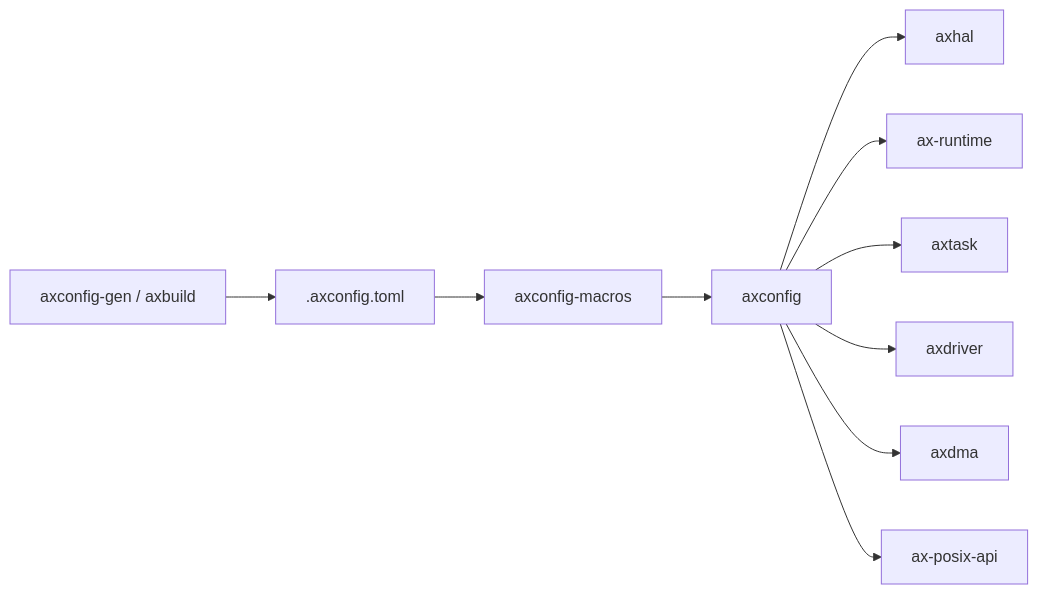
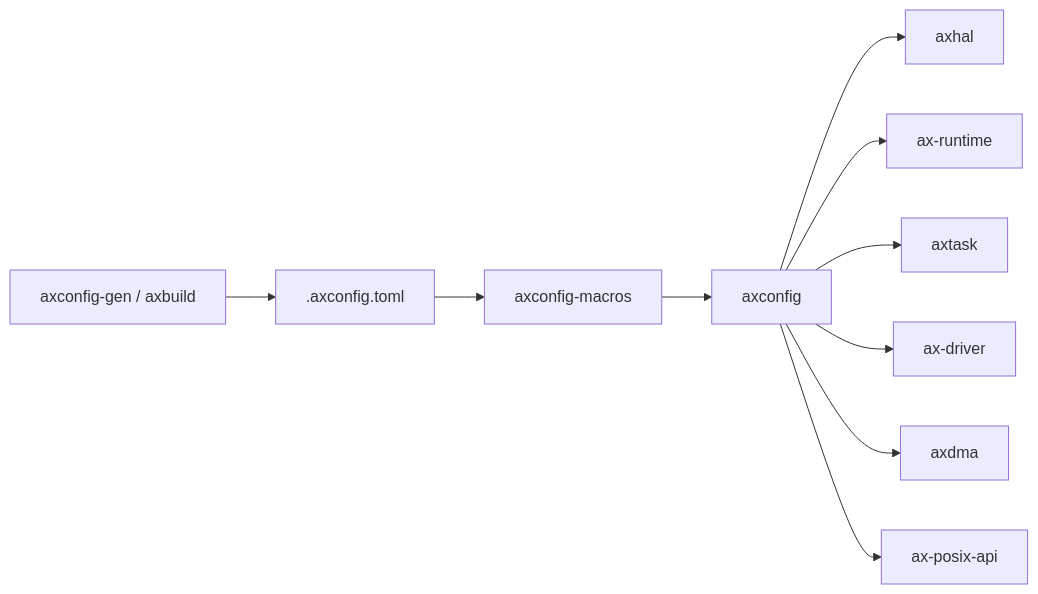
Before and after one commit to zKurisu/tgoskits: the second of 2 diagrams in docs/crates/axconfig.md, drawn with Mermaid. The commit also changed other lines of this file and 73 other files, not shown here.

Commit message:
rename axdriver to ax-driver

````diff
--- a/docs/crates/axconfig.md
+++ b/docs/crates/axconfig.md
@@ -92,13 +92,13 @@
 ```mermaid
 graph LR
     gen["axconfig-gen / axbuild"] --> toml[".axconfig.toml"]
     toml --> macros["axconfig-macros"]
     macros --> axconfig["axconfig"]
 
     axconfig --> axhal["axhal"]
     axconfig --> ax-runtime["ax-runtime"]
     axconfig --> axtask["axtask"]
-    axconfig --> axdriver["axdriver"]
+    axconfig --> ax-driver["ax-driver"]
     axconfig --> axdma["axdma"]
     axconfig --> posix["ax-posix-api"]
 ```
````
